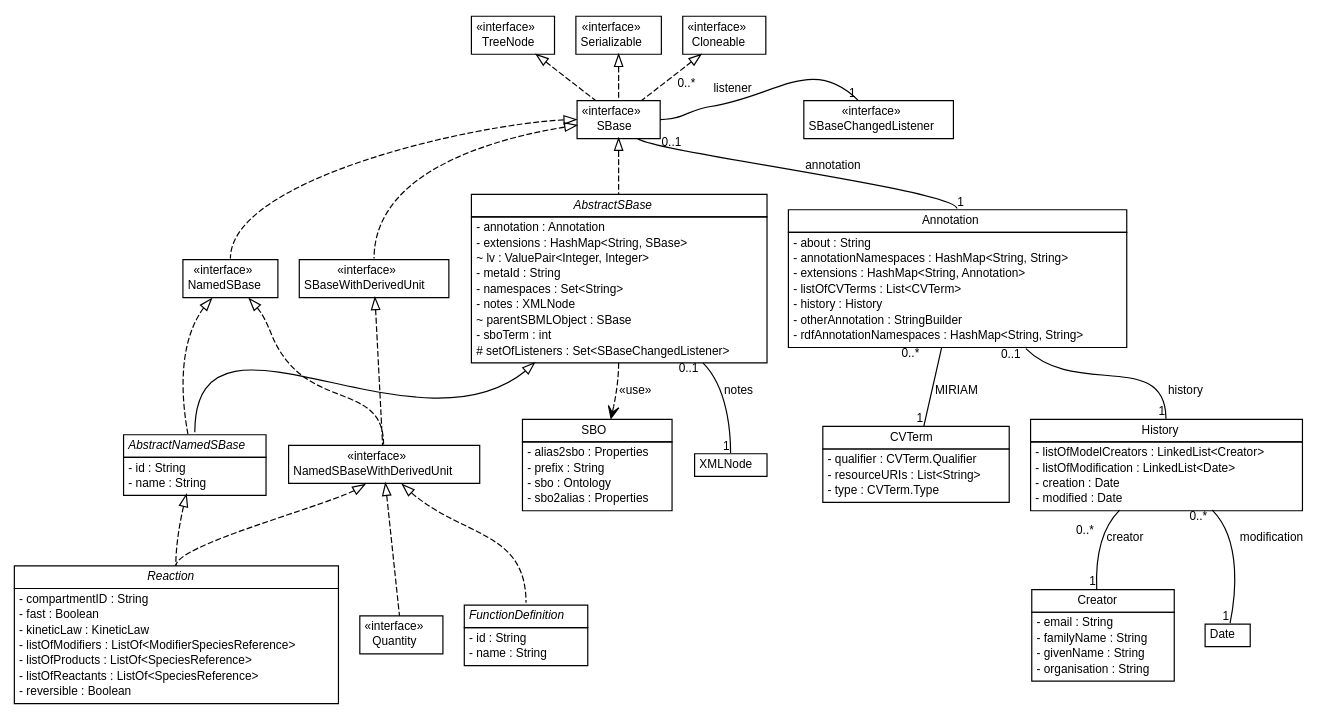
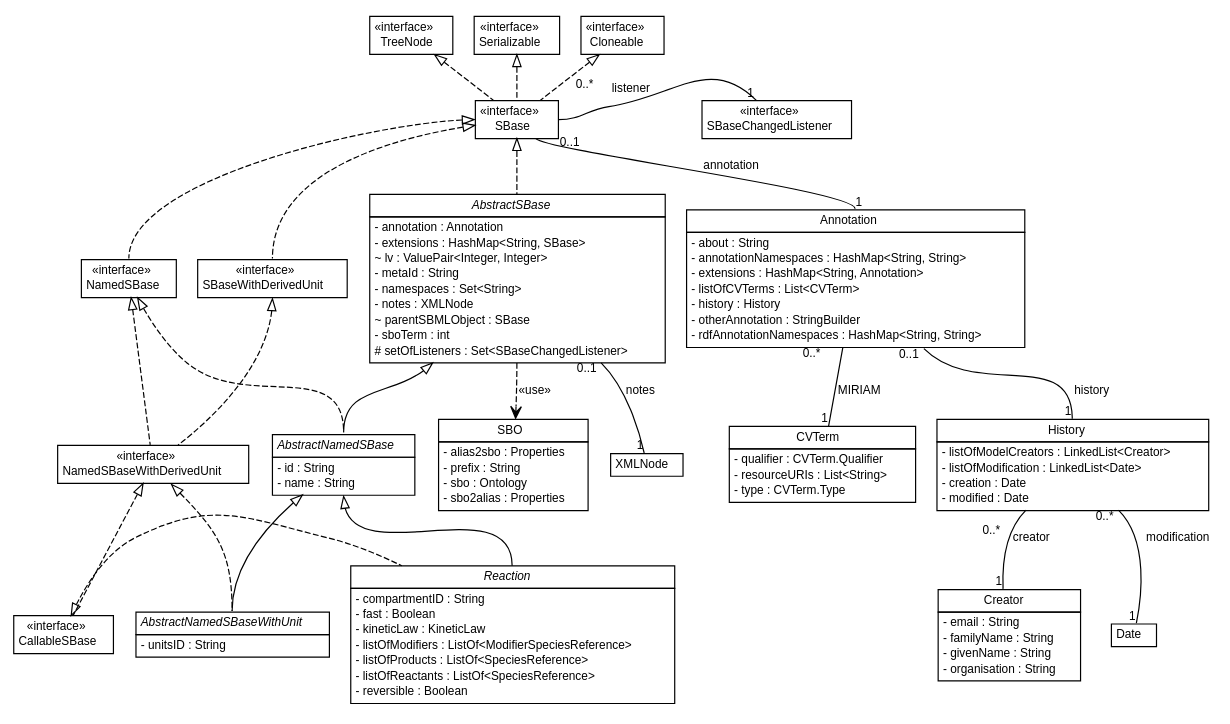
The diagram in doc/img/SBase.dot (sbmlteam/jsbml), drawn with Graphviz before and after one commit. The commit also changed 10 other files, not shown here.

Commit message:
Updated and improved the documentation about differences between JSBML and libSBML.

```diff
--- a/doc/img/SBase.dot
+++ b/doc/img/SBase.dot
@@ -178,11 +178,11 @@
 <tr><td align="center" balign="center"> NamedSBaseWithDerivedUnit </td></tr>
 		</table></td></tr>
 		</table>>, fontname="Helvetica", fontcolor="black", fontsize=10.0];
-        // org.sbml.jsbml.Quantity
-	c17 [height=0.1,width=0.1,label=<<table title="org.sbml.jsbml.Quantity" border="0" cellborder="1" cellspacing="0" cellpadding="2" port="p">
+        // org.sbml.jsbml.CallableSBase
+	c17 [height=0.1,width=0.1,label=<<table title="org.sbml.jsbml.CallableSBase" border="0" cellborder="1" cellspacing="0" cellpadding="2" port="p">
 		<tr><td><table border="0" cellspacing="0" cellpadding="1">
 <tr><td align="center" balign="center"> &#171;interface&#187; </td></tr>
-<tr><td align="center" balign="center"> Quantity </td></tr>
+<tr><td align="center" balign="center"> CallableSBase </td></tr>
 		</table></td></tr>
 		</table>>, fontname="Helvetica", fontcolor="black", fontsize=10.0];
         // org.sbml.jsbml.Reaction
@@ -202,14 +202,13 @@
 <!--<tr><td align="left" balign="left"> - isSetReversible : boolean </td></tr>-->
 		</table></td></tr>
 		</table>>, fontname="Helvetica", fontcolor="black", fontsize=10.0];
-        // org.sbml.jsbml.FunctionDefinition
-        c19 [height=0.1,label=<<table title="org.sbml.jsbml.FunctionDefinition" border="0" cellborder="1" cellspacing="0" cellpadding="2" port="p">
+        // org.sbml.jsbml.AbstractNamedSBaseWithUnit
+        c19 [height=0.1,label=<<table title="org.sbml.jsbml.AbstractNamedSBaseWithUnit" border="0" cellborder="1" cellspacing="0" cellpadding="2" port="p">
 		<tr><td><table border="0" cellspacing="0" cellpadding="1">
-<tr><td align="center" balign="center"><font face="Helvetica-Oblique"> FunctionDefinition </font></td></tr>
+<tr><td align="center" balign="center"><font face="Helvetica-Oblique"> AbstractNamedSBaseWithUnit </font></td></tr>
 		</table></td></tr>
 		<tr><td><table border="0" cellspacing="0" cellpadding="1">
-<tr><td align="left" balign="left"> - id : String </td></tr>
-<tr><td align="left" balign="left"> - name : String </td></tr>
+<tr><td align="left" balign="left"> - unitsID : String </td></tr>
 		</table></td></tr>
 		</table>>, fontname="Helvetica", fontcolor="black", fontsize=10.0];
         // org.sbml.jsbml.MathContainer
@@ -243,7 +242,7 @@
 	//org.sbml.jsbml.AbstractNamedSBase extends org.sbml.jsbml.AbstractSBase
 	c3:sw -> c4:n [dir=back,arrowtail=empty];
 	//org.sbml.jsbml.AbstractNamedSBase implements org.sbml.jsbml.NamedSBase
-	c2:sw -> c4:p [dir=back,arrowtail=empty,style=dashed];
+	c2:p -> c4:n [dir=back,arrowtail=empty,style=dashed];
 	// org.sbml.jsbml.Annotation COMPOSED org.sbml.jsbml.CVTerm
 	c5:p -> c6:p [taillabel="0..*      ", label=" MIRIAM", headlabel="1", fontname="Helvetica", fontcolor="black", fontsize=10.0, color="black", arrowhead=none, arrowtail=diamond];
 	// org.sbml.jsbml.Annotation COMPOSED org.sbml.jsbml.History
@@ -255,20 +254,25 @@
 
 
 
- // Quantity -> NamedSBaseWithDerivedUnit
+ // CallableSBase -> NamedSBaseWithDerivedUnit
  c16:p -> c17:p [dir=back,arrowtail=empty,style=dashed];
  // NamedSBaseWithDerivedUnit -> SBaseWithDerivedUnit
- c15:p -> c16:p [dir=back,arrowtail=empty,style=dashed];
+ c15:s -> c16:p [dir=back,arrowtail=empty,style=dashed];
  // SBaseWithDerivedUnit -> SBase
  c1:p -> c15:n [dir=back,arrowtail=empty,style=dashed];
  // NamedSBaseWithDerivedUnit -> NamedSBase
- c2:se -> c16:n [dir=back,arrowtail=empty,style=dashed];
- // Reaction -> NamedSBaseWithDerivedUnit
- c16:sw -> c18:n [dir=back,arrowtail=empty,style=dashed];
- // FunctionDefinition -> NamedSBaseWithDerivedUnit
+ c2:p -> c16:p [dir=back,arrowtail=empty,style=dashed];
+ // Reaction -> CallableSBase
+ c17:p -> c18:p [dir=back,arrowtail=empty,style=dashed];
+
+ {rank="same"; c17; c18}
+
+ // AbstractNamedSBaseWithUnit -> NamedSBaseWithDerivedUnit
  c16:se -> c19:n [dir=back,arrowtail=empty,style=dashed];
  // Reaction -> AbstractNamedSBase
- c4:p -> c18:n [dir=back,arrowtail=empty,style=dashed];
+ c4:s -> c18:n [dir=back,arrowtail=empty];
+ // Reaction -> AbstractNamedSBase
+ c4:p -> c19:n [dir=back,arrowtail=empty];
 
  // MathContainer -> SBaseWithDerivedUnit
  //c15:p -> c20:p [dir=back,arrowtail=empty,style=dashed];
```
